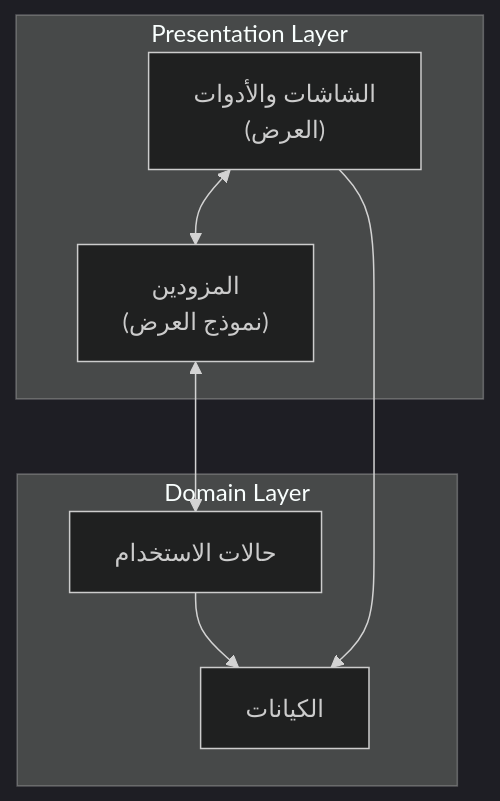
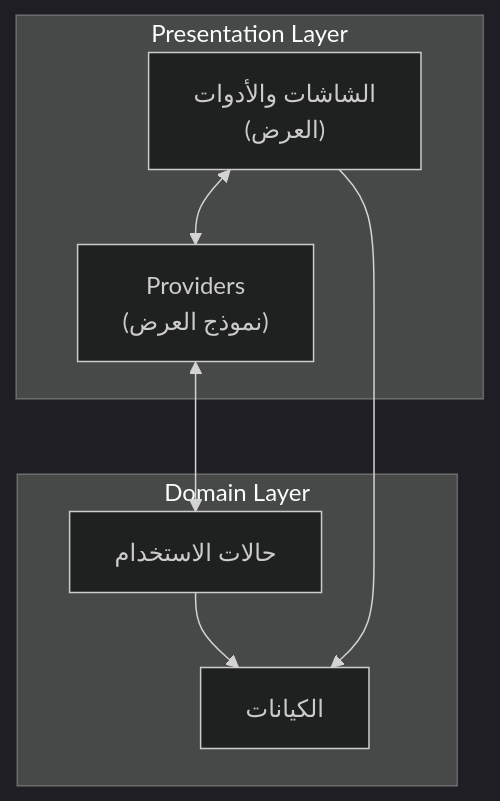
One commit to GeniusSystems24/genius_store changed the first of 2 diagrams in lib/presentation/README-ar.md. Above: the diagram before and after it, drawn with Mermaid (dark theme). The commit also changed other lines of this file and 26 other files, not shown here.

````diff
--- a/lib/presentation/README-ar.md
+++ b/lib/presentation/README-ar.md
@@ -36,17 +36,17 @@
 ```mermaid
 flowchart TB
     subgraph Presentation Layer
         View["الشاشات والأدوات\n(العرض)"]
-        ViewModel["المزودين\n(نموذج العرض)"]
+        ViewModel["Providers\n(نموذج العرض)"]
     end
     
     subgraph Domain Layer
         UseCase["حالات الاستخدام"]
         Entities["الكيانات"]
     end
     
     View <--> ViewModel
     ViewModel <--> UseCase
     UseCase --> Entities
     View --> Entities
 ```
````
